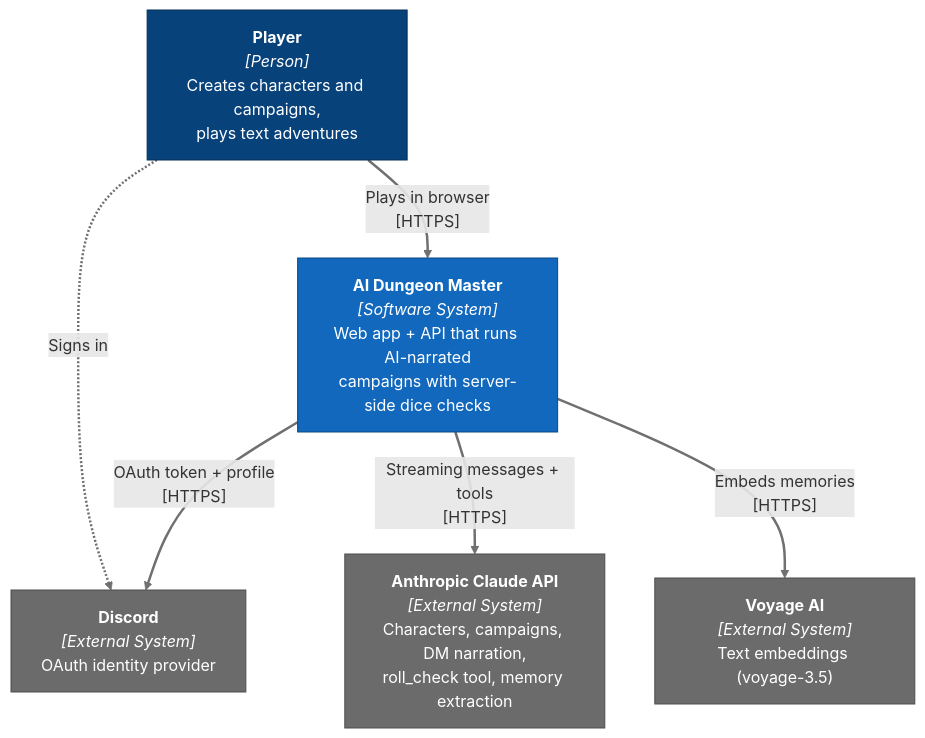
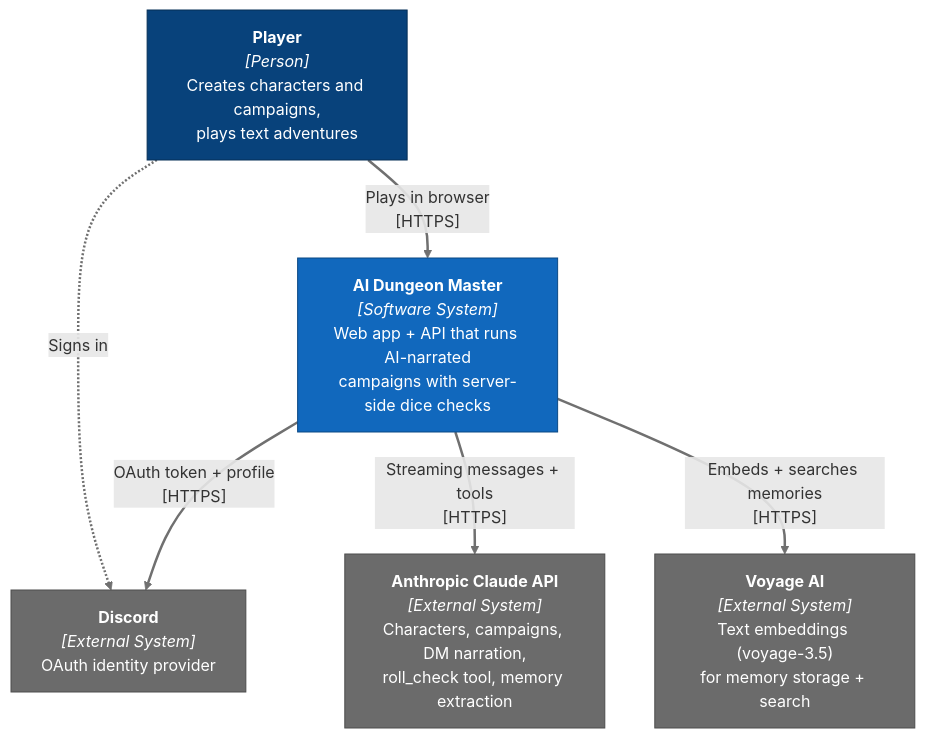
The first of 6 diagrams in docs/architecture.md (StephenMoring/dungeon-service), drawn with Mermaid before and after one commit. The commit also changed other lines of this file and 13 other files, not shown here.

````diff
--- a/docs/architecture.md
+++ b/docs/architecture.md
@@ -9,24 +9,24 @@
 ```mermaid
 flowchart TB
   player["<b>Player</b><br/><i>[Person]</i><br/>Creates characters and campaigns,<br/>plays text adventures"]
   dungeon["<b>AI Dungeon Master</b><br/><i>[Software System]</i><br/>Web app + API that runs AI-narrated<br/>campaigns with server-side dice checks"]
   discord["<b>Discord</b><br/><i>[External System]</i><br/>OAuth identity provider"]
   anthropic["<b>Anthropic Claude API</b><br/><i>[External System]</i><br/>Characters, campaigns, DM narration,<br/>roll_check tool, memory extraction"]
-  voyage["<b>Voyage AI</b><br/><i>[External System]</i><br/>Text embeddings (voyage-3.5)"]
+  voyage["<b>Voyage AI</b><br/><i>[External System]</i><br/>Text embeddings (voyage-3.5)<br/>for memory storage + search"]
 
   player -- "Plays in browser<br/>[HTTPS]" --> dungeon
   player -. "Signs in" .-> discord
   dungeon -- "OAuth token + profile<br/>[HTTPS]" --> discord
   dungeon -- "Streaming messages + tools<br/>[HTTPS]" --> anthropic
-  dungeon -- "Embeds memories<br/>[HTTPS]" --> voyage
+  dungeon -- "Embeds + searches memories<br/>[HTTPS]" --> voyage
 
   classDef person fill:#08427b,stroke:#052e56,color:#fff
   classDef system fill:#1168bd,stroke:#0b4884,color:#fff
   classDef container fill:#438dd5,stroke:#2e6295,color:#fff
   classDef component fill:#85bbf0,stroke:#5d82a8,color:#0b2340
   classDef external fill:#6b6b6b,stroke:#4d4d4d,color:#fff
   linkStyle default stroke:#707070,stroke-width:2.5px
   class player person
   class dungeon system
   class discord,anthropic,voyage external
 ```
````
